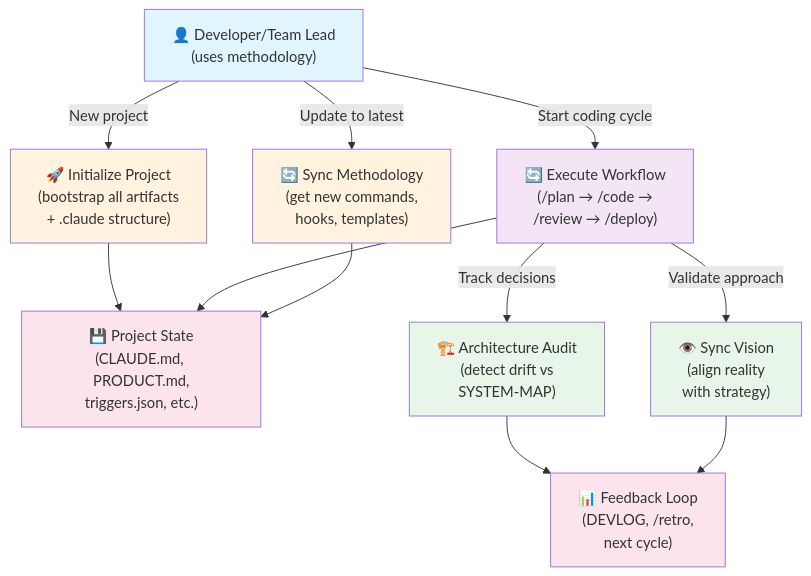
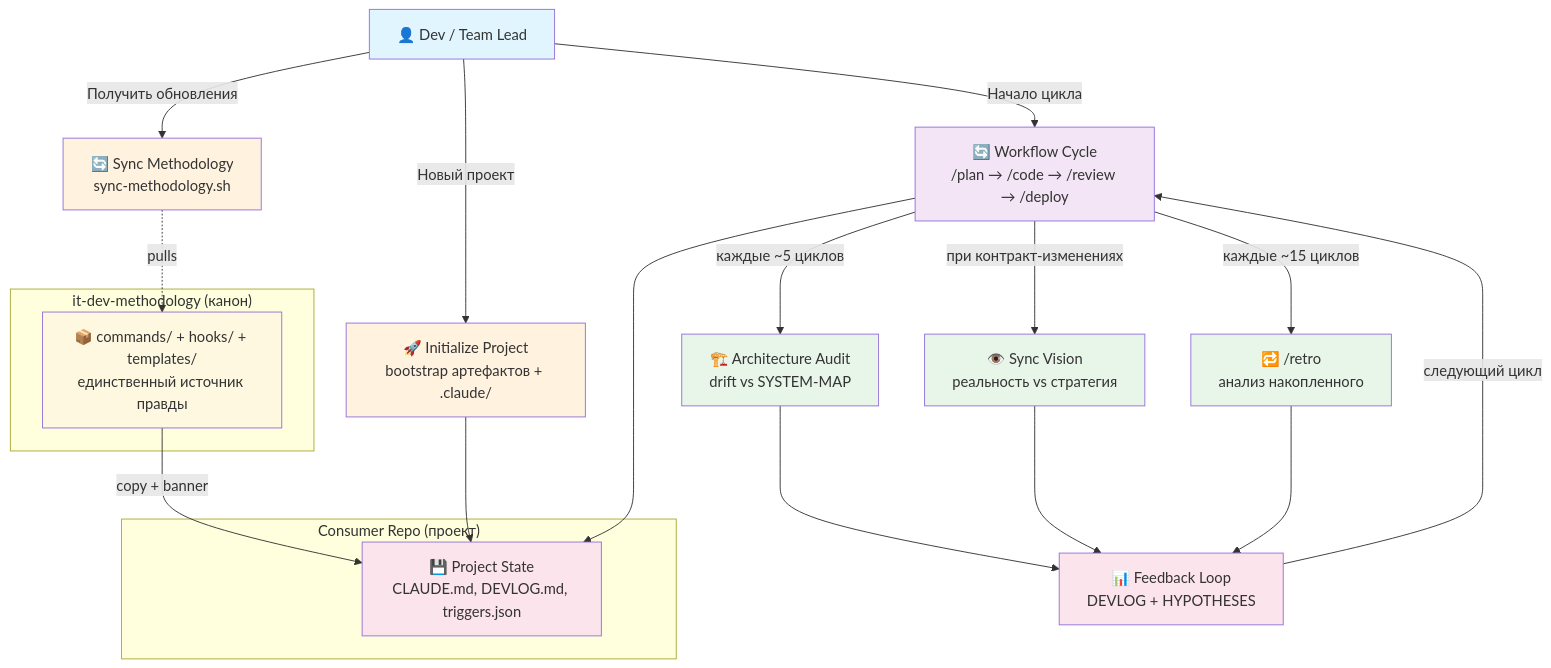
The diagram in docs/product/USER-MAP.md (cait-solutions/it-dev-methodology), drawn with Mermaid before and after one commit. The commit also changed 6 other files, not shown here.

First line of the commit message:
feat(phase-q1): USER-MAP Mermaid restored + documentation map rules added [methodology][feat:template][process:documentation] v3.6.0

````diff
--- a/docs/product/USER-MAP.md
+++ b/docs/product/USER-MAP.md
@@ -38,27 +38,41 @@
 ```mermaid
 graph TD
-    Dev["👤 Developer/Team Lead<br/>(uses methodology)"]
-    
-    Dev -->|New project| Init["🚀 Initialize Project<br/>(bootstrap all artifacts<br/>+ .claude structure)"]
-    Dev -->|Start coding cycle| Workflow["🔄 Execute Workflow<br/>(/plan → /code →<br/>/review → /deploy)"]
-    Dev -->|Update to latest| Sync["🔄 Sync Methodology<br/>(get new commands,<br/>hooks, templates)"]
-    
-    Init --> Storage["💾 Project State<br/>(CLAUDE.md, PRODUCT.md,<br/>triggers.json, etc.)"]
+    Dev["👤 Dev / Team Lead"]
+
+    subgraph Methodology["it-dev-methodology (канон)"]
+        Canon["📦 commands/ + hooks/ + templates/<br/>единственный источник правды"]
+    end
+
+    subgraph Project["Consumer Repo (проект)"]
+        Storage["💾 Project State<br/>CLAUDE.md, DEVLOG.md, triggers.json"]
+    end
+
+    Dev -->|"Новый проект"| Init["🚀 Initialize Project<br/>bootstrap артефактов + .claude/"]
+    Dev -->|"Начало цикла"| Workflow["🔄 Workflow Cycle<br/>/plan → /code → /review → /deploy"]
+    Dev -->|"Получить обновления"| Sync["🔄 Sync Methodology<br/>sync-methodology.sh"]
+
+    Sync -.->|"pulls"| Canon
+    Canon -->|"copy + banner"| Storage
+    Init --> Storage
     Workflow --> Storage
-    Sync --> Storage
-    
-    Workflow -->|Track decisions| Audit["🏗️ Architecture Audit<br/>(detect drift vs<br/>SYSTEM-MAP)"]
-    Workflow -->|Validate approach| Vision["👁️ Sync Vision<br/>(align reality<br/>with strategy)"]
-    
-    Audit --> Feedback["📊 Feedback Loop<br/>(DEVLOG, /retro,<br/>next cycle)"]
+
+    Workflow -->|"каждые ~5 циклов"| Audit["🏗️ Architecture Audit<br/>drift vs SYSTEM-MAP"]
+    Workflow -->|"при контракт-изменениях"| Vision["👁️ Sync Vision<br/>реальность vs стратегия"]
+    Workflow -->|"каждые ~15 циклов"| Retro["🔁 /retro<br/>анализ накопленного"]
+
+    Audit --> Feedback["📊 Feedback Loop<br/>DEVLOG + HYPOTHESES"]
     Vision --> Feedback
-    
+    Retro --> Feedback
+    Feedback -->|"следующий цикл"| Workflow
+
     style Dev fill:#e1f5ff
     style Init fill:#fff3e0
     style Workflow fill:#f3e5f5
     style Sync fill:#fff3e0
+    style Canon fill:#fff8e1
     style Storage fill:#fce4ec
     style Audit fill:#e8f5e9
     style Vision fill:#e8f5e9
+    style Retro fill:#e8f5e9
     style Feedback fill:#fce4ec
 ```
````
